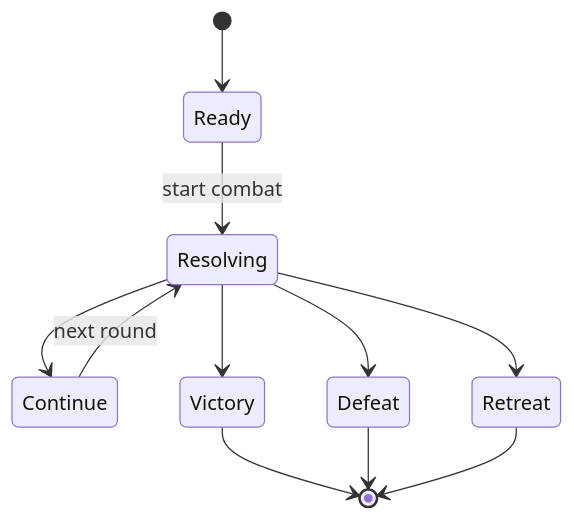
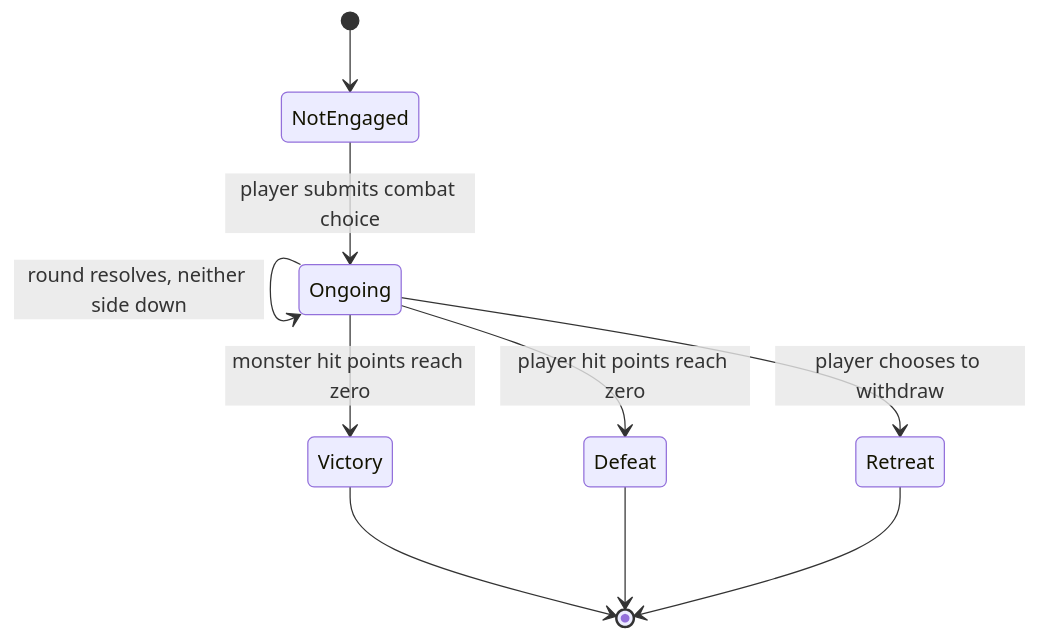
Before and after one commit to Macavitymadcap/dungeons-and-data-structures: the diagram in book/drafts/07-combat-as-an-event-loop.md, drawn with Mermaid. The commit also changed other lines of this file and 2 other files, not shown here.

Commit message:
points 6-8

````diff
--- a/book/drafts/07-combat-as-an-event-loop.md
+++ b/book/drafts/07-combat-as-an-event-loop.md
@@ -463,17 +348,15 @@
 ```mermaid
 stateDiagram-v2
-    [*] --> Ready
+    [*] --> NotEngaged
 
-    Ready --> Resolving : start combat
+    NotEngaged --> Ongoing : player submits combat choice
 
-    Resolving --> Continue
-    Continue --> Resolving : next round
-
-    Resolving --> Victory
-    Resolving --> Defeat
-    Resolving --> Retreat
+    Ongoing --> Ongoing : round resolves, neither side down
+    Ongoing --> Victory : monster hit points reach zero
+    Ongoing --> Defeat : player hit points reach zero
+    Ongoing --> Retreat : player chooses to withdraw
 
     Victory --> [*]
     Defeat --> [*]
     Retreat --> [*]
 ```
````
